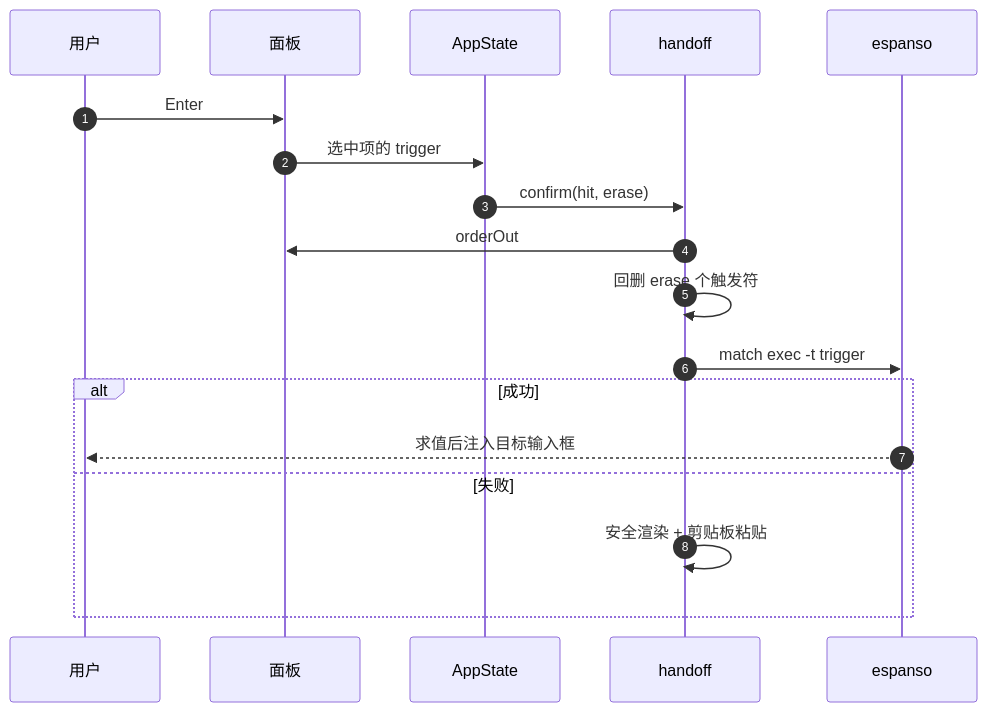
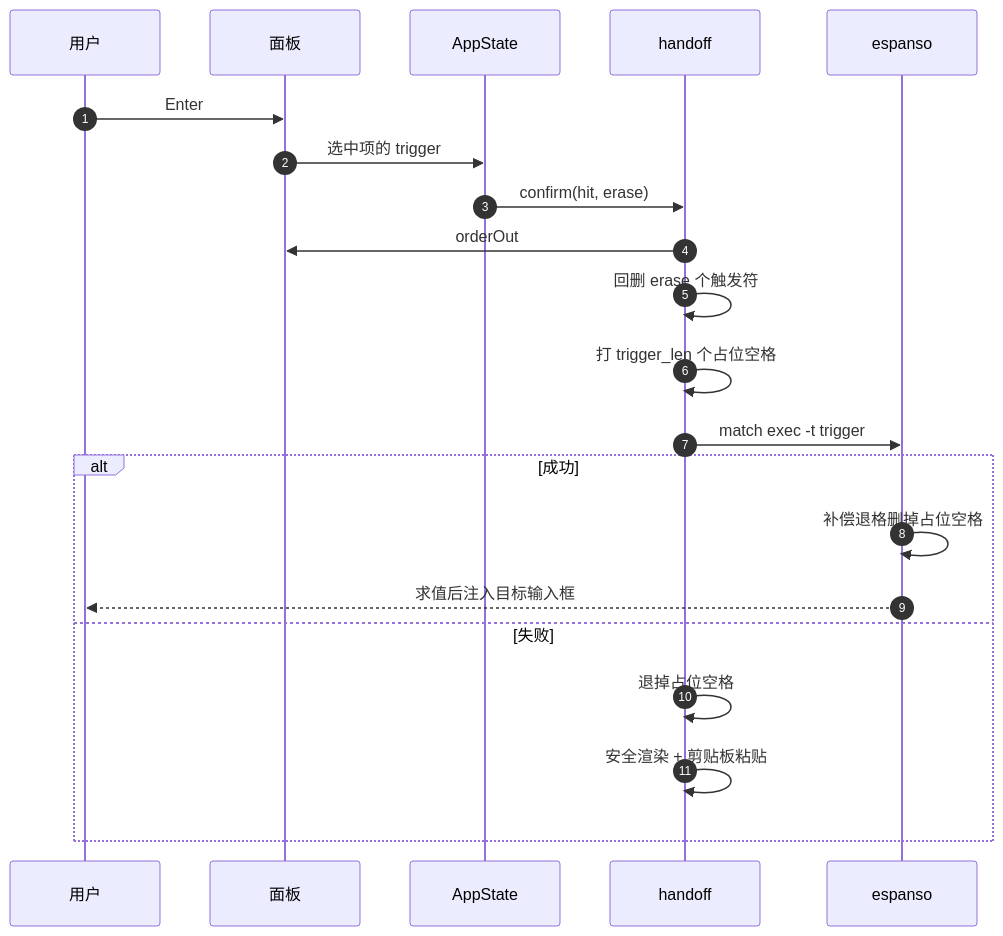
The second of 2 diagrams in docs/architecture.md (qzsiniong/semisnip), drawn with Mermaid before and after one commit. The commit also changed other lines of this file and 4 other files, not shown here.

````diff
--- a/docs/architecture.md
+++ b/docs/architecture.md
@@ -80,20 +81,23 @@
 ```mermaid
 sequenceDiagram
     autonumber
     participant U as 用户
     participant P as 面板
     participant S as AppState
     participant H as handoff
     participant E as espanso
     U->>P: Enter
     P->>S: 选中项的 trigger
     S->>H: confirm(hit, erase)
     H->>P: orderOut
     H->>H: 回删 erase 个触发符
+    H->>H: 打 trigger_len 个占位空格
     H->>E: match exec -t trigger
     alt 成功
+        E->>E: 补偿退格删掉占位空格
         E-->>U: 求值后注入目标输入框
     else 失败
+        H->>H: 退掉占位空格
         H->>H: 安全渲染 + 剪贴板粘贴
     end
 ```
````
